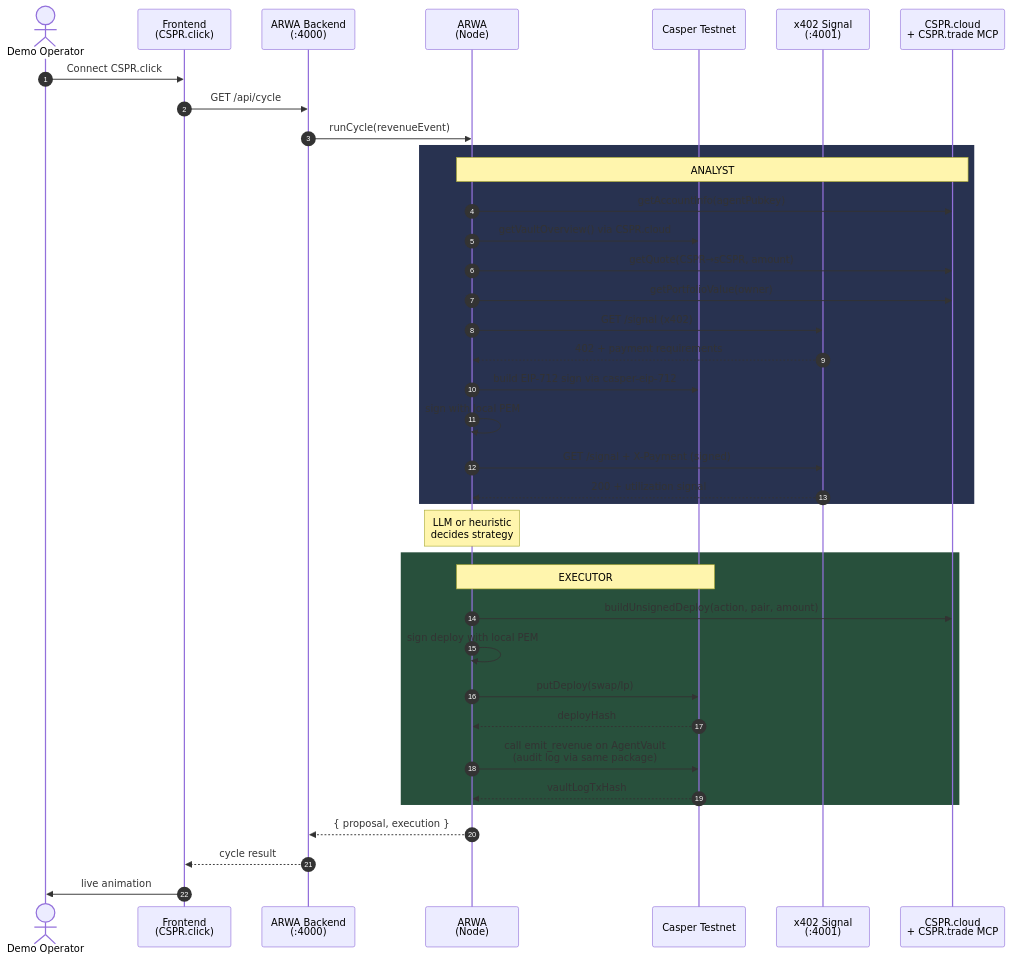
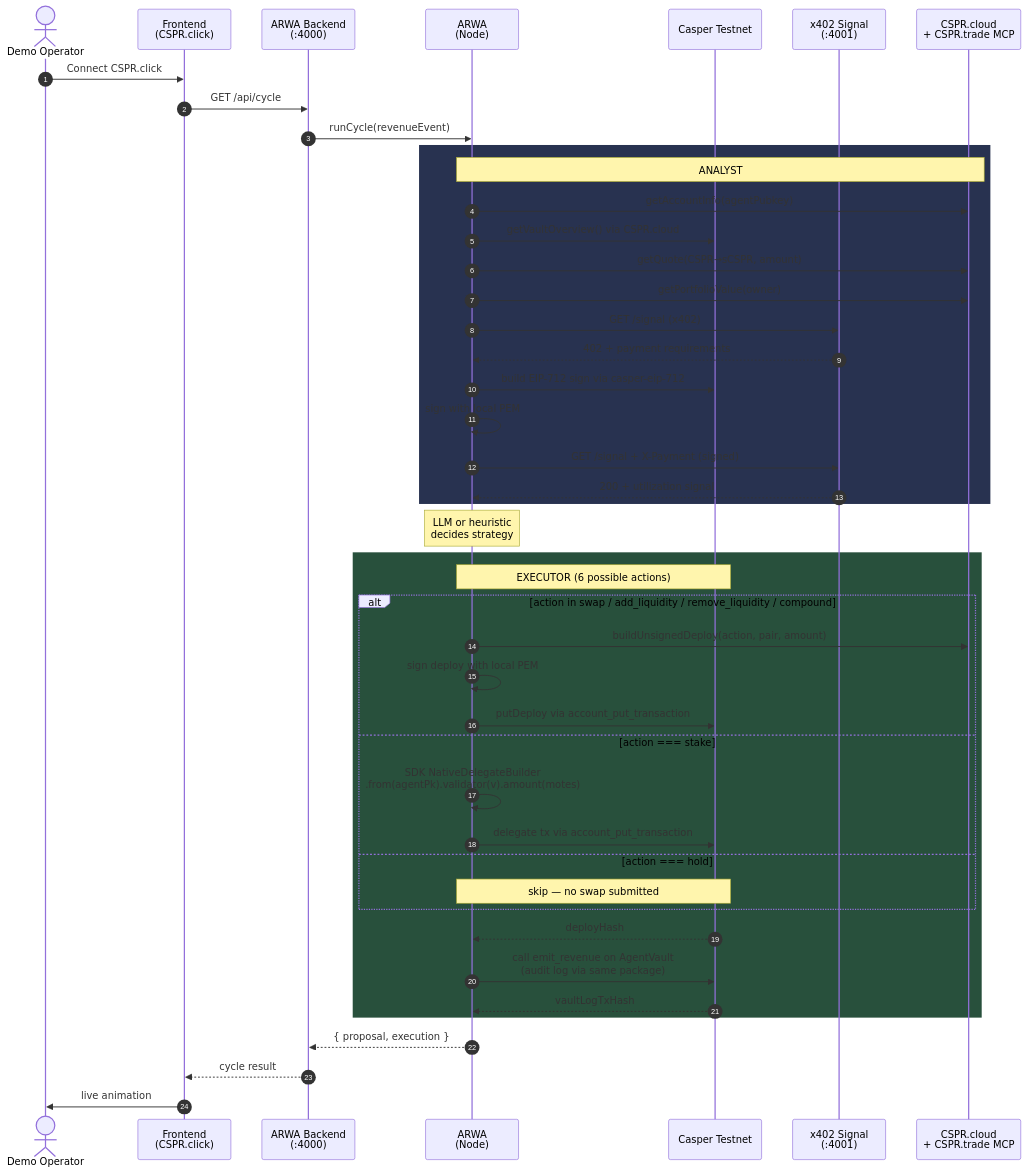
The first of 5 diagrams in README.md (antidumpalways/ARWA-Agent), drawn with Mermaid before and after one commit. The commit also changed other lines of this file, not shown here.

First line of the commit message:
docs: README v0.8.2 — 6 strategy actions + native stake + dashboard toggle

````diff
--- a/README.md
+++ b/README.md
@@ -96,45 +107,52 @@
 ```mermaid
 sequenceDiagram
     autonumber
     actor Operator as Demo Operator
     participant FE as Frontend<br/>(CSPR.click)
     participant API as ARWA Backend<br/>(:4000)
     participant Agent as ARWA<br/>(Node)
     participant Chain as Casper Testnet
     participant Signal as x402 Signal<br/>(:4001)
     participant MCP as CSPR.cloud<br/>+ CSPR.trade MCP
 
     Operator->>FE: Connect CSPR.click
     FE->>API: GET /api/cycle
     API->>Agent: runCycle(revenueEvent)
 
     rect rgb(40, 50, 80)
     Note over Agent,MCP: ANALYST
     Agent->>MCP: getAccountInfo(agentPubkey)
     Agent->>Chain: getVaultOverview() via CSPR.cloud
     Agent->>MCP: getQuote(CSPR→sCSPR, amount)
     Agent->>MCP: getPortfolioValue(owner)
     Agent->>Signal: GET /signal (x402)
     Signal-->>Agent: 402 + payment requirements
     Agent->>Chain: build EIP-712 sign via casper-eip-712
     Agent->>Agent: sign with local PEM
     Agent->>Signal: GET /signal + X-Payment (signed)
     Signal-->>Agent: 200 + utilization signal
     end
 
     Note over Agent: LLM or heuristic<br/>decides strategy
 
     rect rgb(40, 80, 60)
-    Note over Agent,Chain: EXECUTOR
-    Agent->>MCP: buildUnsignedDeploy(action, pair, amount)
-    Agent->>Agent: sign deploy with local PEM
-    Agent->>Chain: putDeploy(swap/lp)
+    Note over Agent,Chain: EXECUTOR (6 possible actions)
+    alt action in swap / add_liquidity / remove_liquidity / compound
+      Agent->>MCP: buildUnsignedDeploy(action, pair, amount)
+      Agent->>Agent: sign deploy with local PEM
+      Agent->>Chain: putDeploy via account_put_transaction
+    else action === stake
+      Agent->>Agent: SDK NativeDelegateBuilder<br/>.from(agentPk).validator(v).amount(motes)
+      Agent->>Chain: delegate tx via account_put_transaction
+    else action === hold
+      Note over Agent,Chain: skip — no swap submitted
+    end
     Chain-->>Agent: deployHash
     Agent->>Chain: call emit_revenue on AgentVault<br/>(audit log via same package)
     Chain-->>Agent: vaultLogTxHash
     end
 
     Agent-->>API: { proposal, execution }
     API-->>FE: cycle result
     FE->>Operator: live animation
 ```
````
